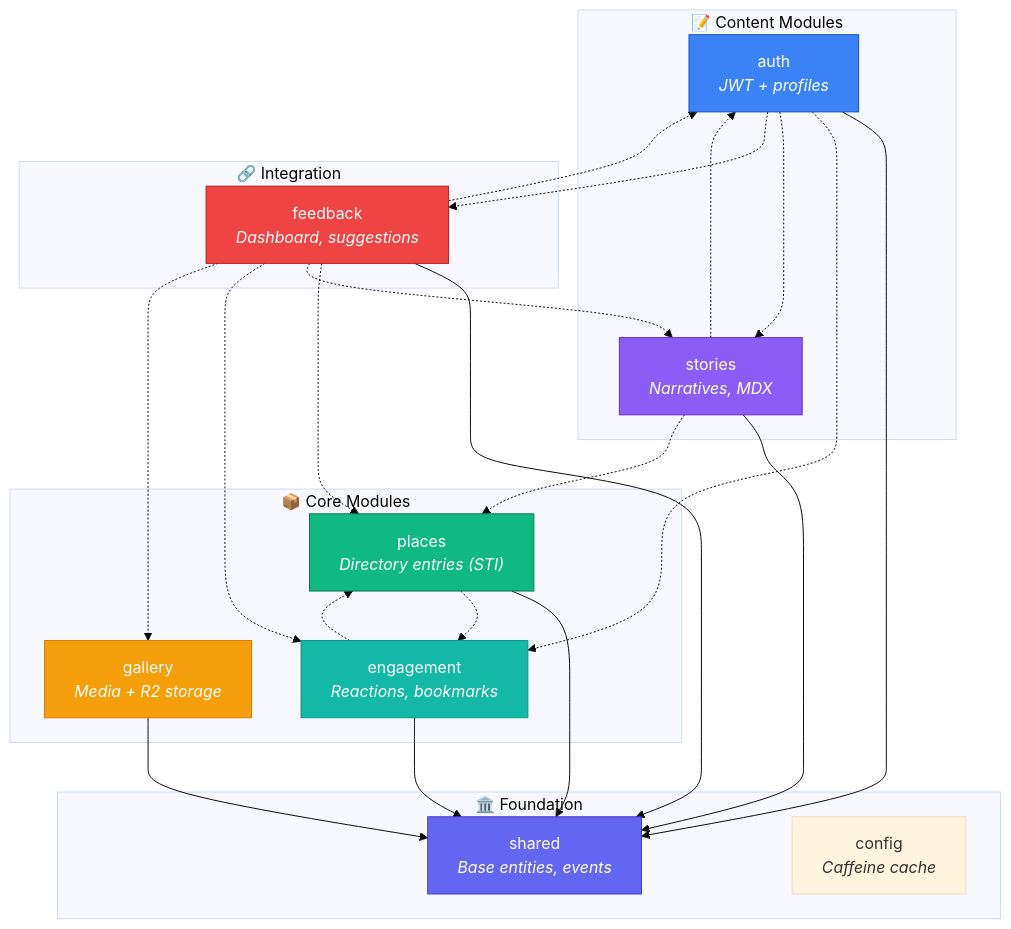
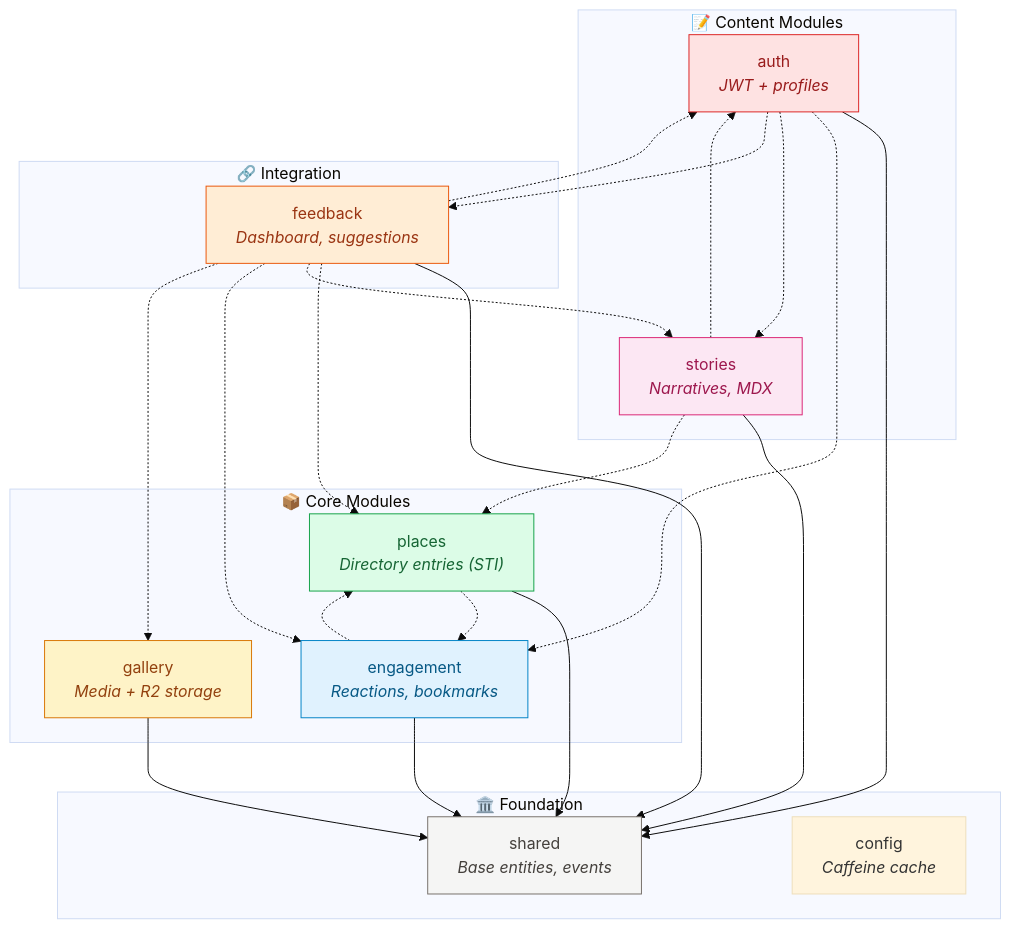
Before and after one commit to deznode/nosilha: the first of 2 diagrams in docs/spring-modulith.md, drawn with Mermaid (base theme). The commit also changed 8 other files, not shown here.

````diff
--- a/docs/spring-modulith.md
+++ b/docs/spring-modulith.md
@@ -32,54 +32,54 @@
 ```mermaid
 flowchart TB
     subgraph Foundation["🏛️ Foundation"]
         shared["shared\n<i>Base entities, events</i>"]
         config["config\n<i>Caffeine cache</i>"]
     end
 
     subgraph Core["📦 Core Modules"]
         places["places\n<i>Directory entries (STI)</i>"]
         gallery["gallery\n<i>Media + R2 storage</i>"]
         engagement["engagement\n<i>Reactions, bookmarks</i>"]
     end
 
     subgraph Content["📝 Content Modules"]
         auth["auth\n<i>JWT + profiles</i>"]
         stories["stories\n<i>Narratives, MDX</i>"]
     end
 
     subgraph Integration["🔗 Integration"]
         feedback["feedback\n<i>Dashboard, suggestions</i>"]
     end
 
     %% Core dependencies
     places --> shared
     places -.-> engagement
     gallery --> shared
     engagement --> shared
     engagement -.-> places
 
     %% Content dependencies
     auth --> shared
     auth -.-> engagement
     auth -.-> stories
     auth -.-> feedback
     stories --> shared
     stories -.-> auth
     stories -.-> places
 
     %% Integration dependencies
     feedback --> shared
     feedback -.-> auth
     feedback -.-> places
     feedback -.-> stories
     feedback -.-> engagement
     feedback -.-> gallery
 
-    style shared fill:#6366f1,stroke:#4338ca,color:#fff
-    style places fill:#10b981,stroke:#047857,color:#fff
-    style gallery fill:#f59e0b,stroke:#d97706,color:#fff
-    style auth fill:#3b82f6,stroke:#1d4ed8,color:#fff
-    style stories fill:#8b5cf6,stroke:#6d28d9,color:#fff
-    style feedback fill:#ef4444,stroke:#b91c1c,color:#fff
-    style engagement fill:#14b8a6,stroke:#0d9488,color:#fff
+    style shared fill:#f5f5f4,stroke:#78716c,color:#44403c
+    style places fill:#dcfce7,stroke:#16a34a,color:#166534
+    style gallery fill:#fef3c7,stroke:#d97706,color:#92400e
+    style auth fill:#fee2e2,stroke:#dc2626,color:#991b1b
+    style stories fill:#fce7f3,stroke:#db2777,color:#9d174d
+    style feedback fill:#ffedd5,stroke:#ea580c,color:#9a3412
+    style engagement fill:#e0f2fe,stroke:#0284c7,color:#075985
 ```
````
